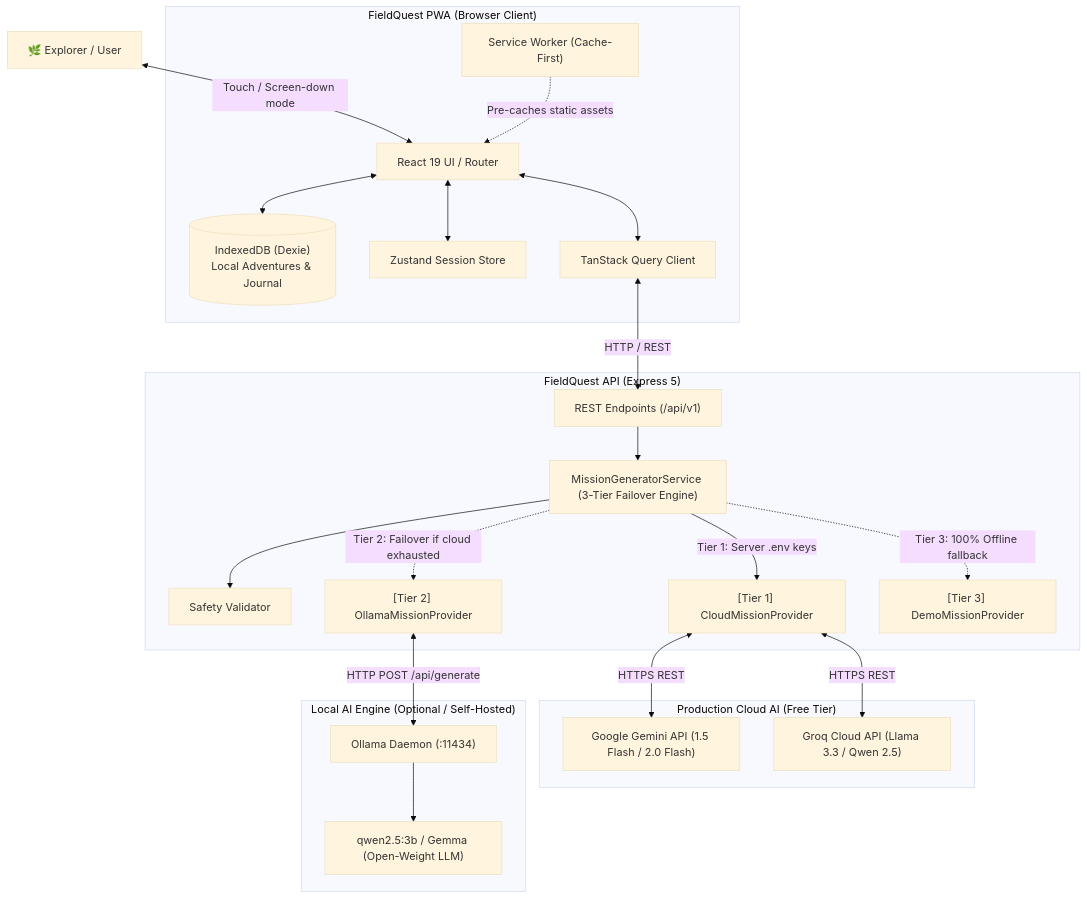
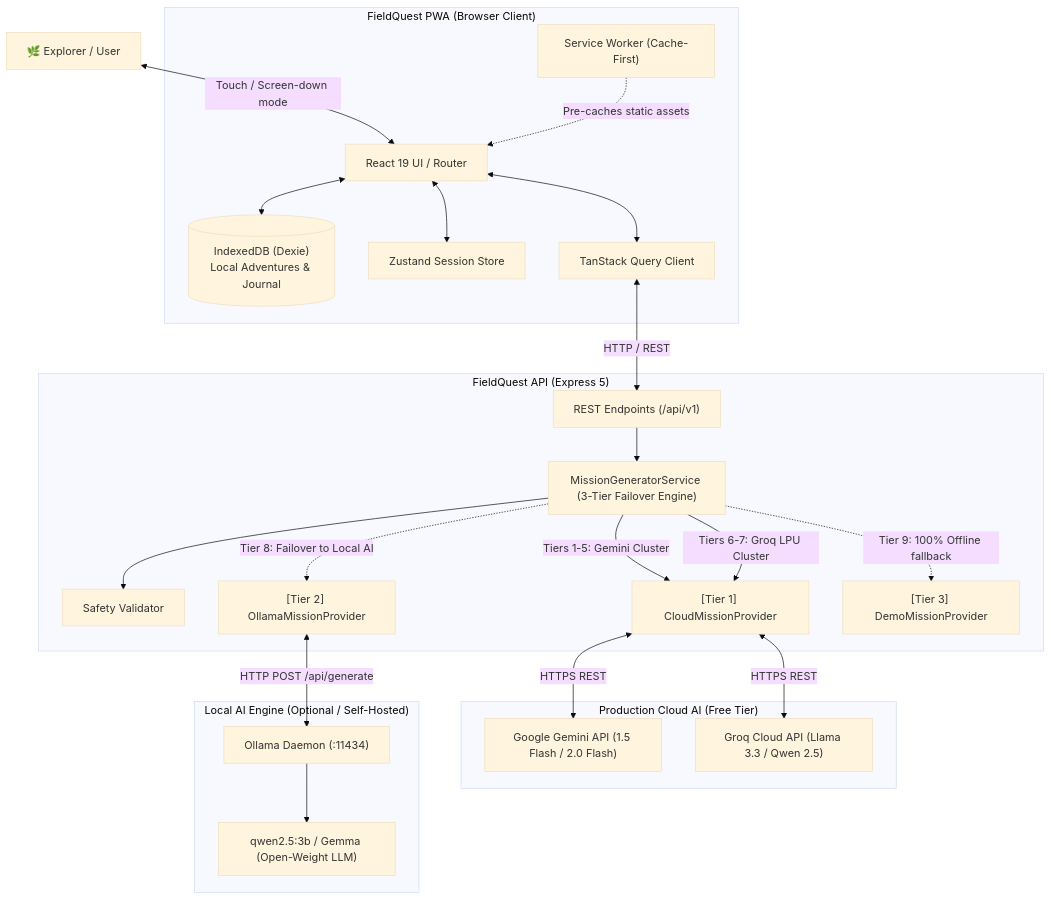
The first of 5 diagrams in docs/ARCHITECTURE.md (arnab825/FieldQuest), drawn with Mermaid (base theme) before and after one commit. The commit also changed other lines of this file and 7 other files, not shown here.

````diff
--- a/docs/ARCHITECTURE.md
+++ b/docs/ARCHITECTURE.md
@@ -5,48 +5,49 @@
 ```mermaid
 graph TD
     User["🌿 Explorer / User"]
     
     subgraph Client["FieldQuest PWA (Browser Client)"]
         UI["React 19 UI / Router"]
         SW["Service Worker (Cache-First)"]
         IDB[("IndexedDB (Dexie)<br/>Local Adventures & Journal")]
         State["Zustand Session Store"]
         Query["TanStack Query Client"]
     end
     
     subgraph Server["FieldQuest API (Express 5)"]
         API["REST Endpoints (/api/v1)"]
         Service["MissionGeneratorService (3-Tier Failover Engine)"]
         Safety["Safety Validator"]
         CloudP["[Tier 1] CloudMissionProvider"]
         OllamaP["[Tier 2] OllamaMissionProvider"]
         DemoP["[Tier 3] DemoMissionProvider"]
     end
     
     subgraph CloudAI["Production Cloud AI (Free Tier)"]
         Gemini["Google Gemini API (1.5 Flash / 2.0 Flash)"]
         Groq["Groq Cloud API (Llama 3.3 / Qwen 2.5)"]
     end
 
     subgraph LocalAI["Local AI Engine (Optional / Self-Hosted)"]
         OllamaServer["Ollama Daemon (:11434)"]
         Model["qwen2.5:3b / Gemma (Open-Weight LLM)"]
     end
     
     User <-->|Touch / Screen-down mode| UI
     UI <--> IDB
     UI <--> State
     UI <--> Query
     Query <-->|HTTP / REST| API
     SW -.->|Pre-caches static assets| UI
     
     API --> Service
     Service --> Safety
-    Service -->|Tier 1: Server .env keys| CloudP
-    Service -.->|Tier 2: Failover if cloud exhausted| OllamaP
-    Service -.->|Tier 3: 100% Offline fallback| DemoP
+    Service -->|Tiers 1-5: Gemini Cluster| CloudP
+    Service -->|Tiers 6-7: Groq LPU Cluster| CloudP
+    Service -.->|Tier 8: Failover to Local AI| OllamaP
+    Service -.->|Tier 9: 100% Offline fallback| DemoP
     CloudP <-->|HTTPS REST| Gemini
     CloudP <-->|HTTPS REST| Groq
     OllamaP <-->|HTTP POST /api/generate| OllamaServer
     OllamaServer --> Model
 ```
````
